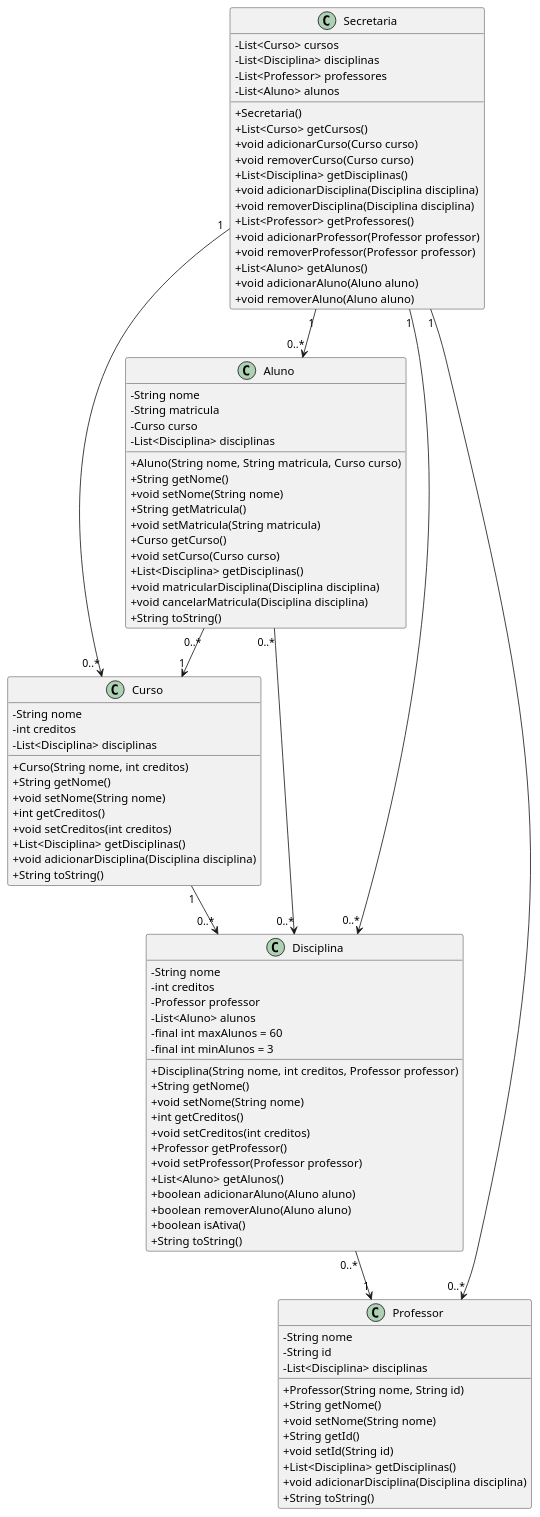
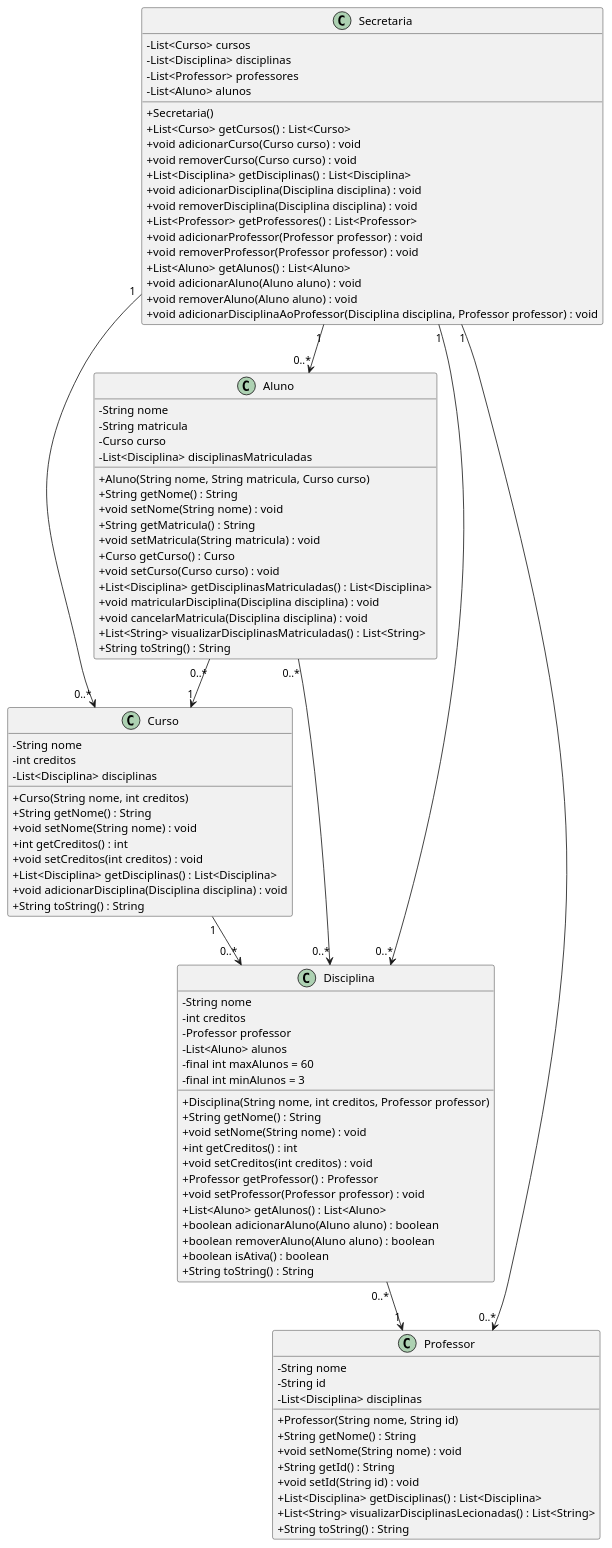
One commit to JoaoRajao/Matricula-LPS changed the diagram in implementacao/classDiagram.puml. Above: the diagram before and after it, drawn with PlantUML. The commit also changed 1 other file, not shown here.

Commit message:
update class uml

```diff
--- a/implementacao/classDiagram.puml
+++ b/implementacao/classDiagram.puml
@@ -1,99 +1,101 @@
 @startuml
 skinparam classAttributeIconSize 0
 
 class Aluno {
     - String nome
     - String matricula
     - Curso curso
-    - List<Disciplina> disciplinas
+    - List<Disciplina> disciplinasMatriculadas
     + Aluno(String nome, String matricula, Curso curso)
-    + String getNome()
-    + void setNome(String nome)
-    + String getMatricula()
-    + void setMatricula(String matricula)
-    + Curso getCurso()
-    + void setCurso(Curso curso)
-    + List<Disciplina> getDisciplinas()
-    + void matricularDisciplina(Disciplina disciplina)
-    + void cancelarMatricula(Disciplina disciplina)
-    + String toString()
+    + String getNome() : String
+    + void setNome(String nome) : void
+    + String getMatricula() : String
+    + void setMatricula(String matricula) : void
+    + Curso getCurso() : Curso
+    + void setCurso(Curso curso) : void
+    + List<Disciplina> getDisciplinasMatriculadas() : List<Disciplina>
+    + void matricularDisciplina(Disciplina disciplina) : void
+    + void cancelarMatricula(Disciplina disciplina) : void
+    + List<String> visualizarDisciplinasMatriculadas() : List<String>
+    + String toString() : String
 }
 
 class Curso {
     - String nome
     - int creditos
     - List<Disciplina> disciplinas
     + Curso(String nome, int creditos)
-    + String getNome()
-    + void setNome(String nome)
-    + int getCreditos()
-    + void setCreditos(int creditos)
-    + List<Disciplina> getDisciplinas()
-    + void adicionarDisciplina(Disciplina disciplina)
-    + String toString()
+    + String getNome() : String
+    + void setNome(String nome) : void
+    + int getCreditos() : int
+    + void setCreditos(int creditos) : void
+    + List<Disciplina> getDisciplinas() : List<Disciplina>
+    + void adicionarDisciplina(Disciplina disciplina) : void
+    + String toString() : String
 }
 
 class Disciplina {
     - String nome
     - int creditos
     - Professor professor
     - List<Aluno> alunos
     - final int maxAlunos = 60
     - final int minAlunos = 3
     + Disciplina(String nome, int creditos, Professor professor)
-    + String getNome()
-    + void setNome(String nome)
-    + int getCreditos()
-    + void setCreditos(int creditos)
-    + Professor getProfessor()
-    + void setProfessor(Professor professor)
-    + List<Aluno> getAlunos()
-    + boolean adicionarAluno(Aluno aluno)
-    + boolean removerAluno(Aluno aluno)
-    + boolean isAtiva()
-    + String toString()
+    + String getNome() : String
+    + void setNome(String nome) : void
+    + int getCreditos() : int
+    + void setCreditos(int creditos) : void
+    + Professor getProfessor() : Professor
+    + void setProfessor(Professor professor) : void
+    + List<Aluno> getAlunos() : List<Aluno>
+    + boolean adicionarAluno(Aluno aluno) : boolean
+    + boolean removerAluno(Aluno aluno) : boolean
+    + boolean isAtiva() : boolean
+    + String toString() : String
 }
 
 class Professor {
     - String nome
     - String id
     - List<Disciplina> disciplinas
     + Professor(String nome, String id)
-    + String getNome()
-    + void setNome(String nome)
-    + String getId()
-    + void setId(String id)
-    + List<Disciplina> getDisciplinas()
-    + void adicionarDisciplina(Disciplina disciplina)
-    + String toString()
+    + String getNome() : String
+    + void setNome(String nome) : void
+    + String getId() : String
+    + void setId(String id) : void
+    + List<Disciplina> getDisciplinas() : List<Disciplina>
+    + List<String> visualizarDisciplinasLecionadas() : List<String>
+    + String toString() : String
 }
 
 class Secretaria {
     - List<Curso> cursos
     - List<Disciplina> disciplinas
     - List<Professor> professores
     - List<Aluno> alunos
     + Secretaria()
-    + List<Curso> getCursos()
-    + void adicionarCurso(Curso curso)
-    + void removerCurso(Curso curso)
-    + List<Disciplina> getDisciplinas()
-    + void adicionarDisciplina(Disciplina disciplina)
-    + void removerDisciplina(Disciplina disciplina)
-    + List<Professor> getProfessores()
-    + void adicionarProfessor(Professor professor)
-    + void removerProfessor(Professor professor)
-    + List<Aluno> getAlunos()
-    + void adicionarAluno(Aluno aluno)
-    + void removerAluno(Aluno aluno)
+    + List<Curso> getCursos() : List<Curso>
+    + void adicionarCurso(Curso curso) : void
+    + void removerCurso(Curso curso) : void
+    + List<Disciplina> getDisciplinas() : List<Disciplina>
+    + void adicionarDisciplina(Disciplina disciplina) : void
+    + void removerDisciplina(Disciplina disciplina) : void
+    + List<Professor> getProfessores() : List<Professor>
+    + void adicionarProfessor(Professor professor) : void
+    + void removerProfessor(Professor professor) : void
+    + List<Aluno> getAlunos() : List<Aluno>
+    + void adicionarAluno(Aluno aluno) : void
+    + void removerAluno(Aluno aluno) : void
+    + void adicionarDisciplinaAoProfessor(Disciplina disciplina, Professor professor) : void
 }
 
 Aluno "0..*" --> "0..*" Disciplina
 Aluno "0..*" --> "1" Curso
 Disciplina "0..*" --> "1" Professor
 Curso "1" --> "0..*" Disciplina
 Secretaria "1" --> "0..*" Curso
 Secretaria "1" --> "0..*" Disciplina
 Secretaria "1" --> "0..*" Professor
 Secretaria "1" --> "0..*" Aluno
 @enduml
```
